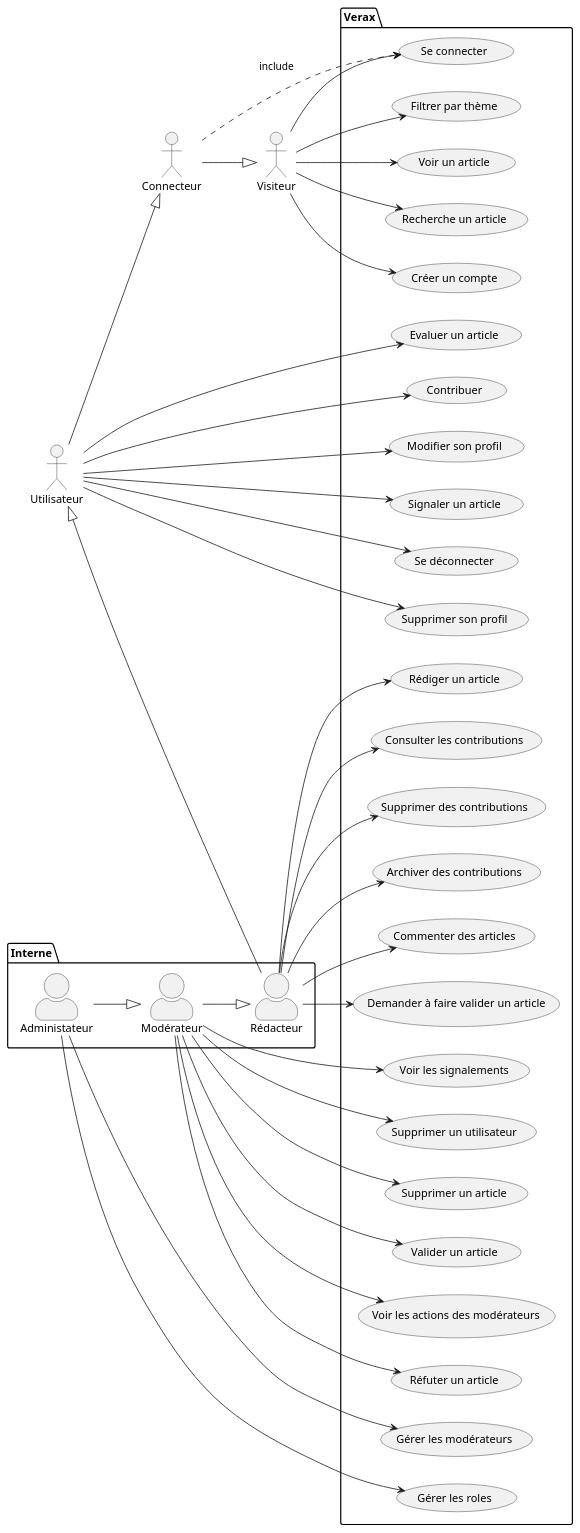
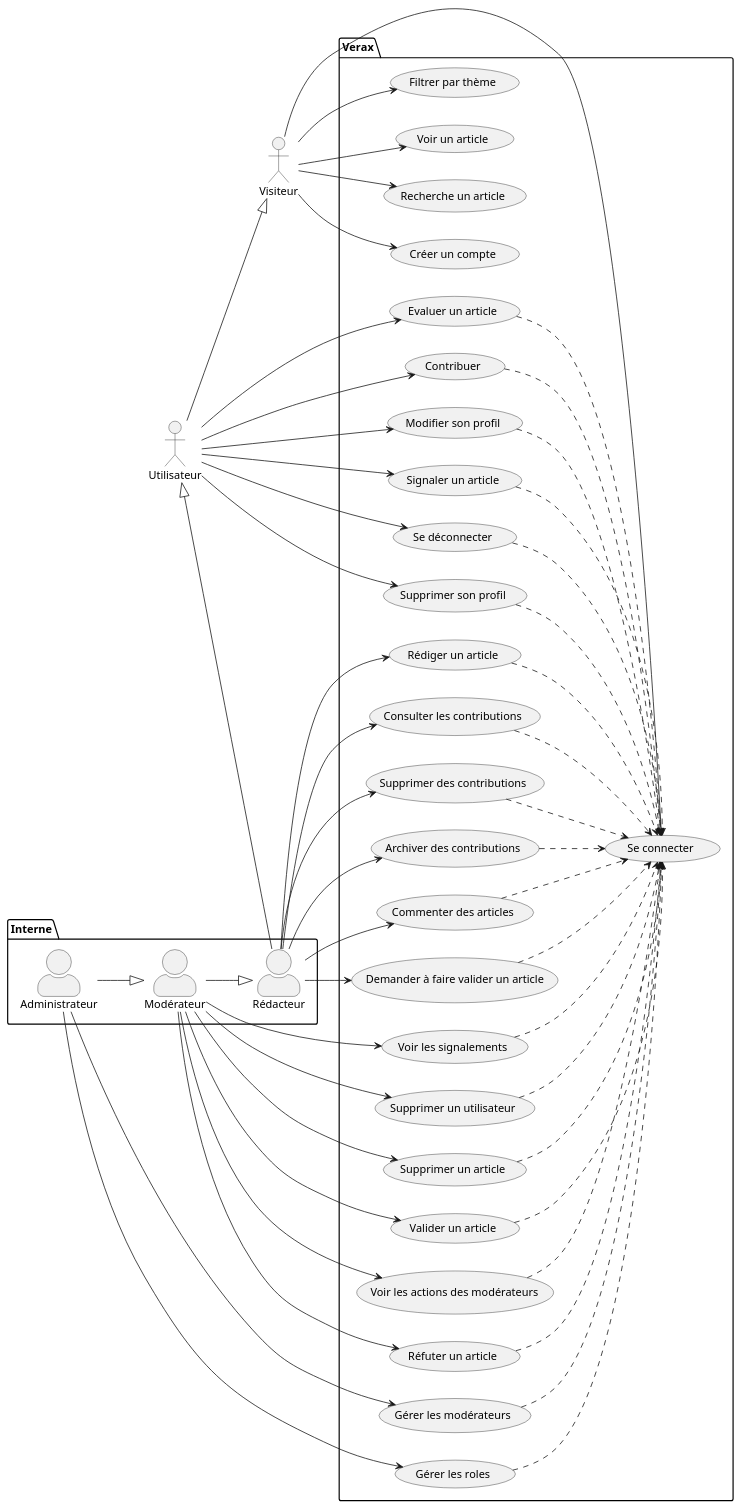
Before and after one commit to tonyfgs/Verax: the diagram in Diagramme/casUtilisation.md, drawn with PlantUML. The commit also changed 2 other files, not shown here.

Commit message:
modification des diagrammes, diagramme de classe bien avancé (presque fini)

````diff
--- a/Diagramme/casUtilisation.md
+++ b/Diagramme/casUtilisation.md
@@ -4,13 +4,12 @@
 left to right direction
 
 actor Visiteur as v
-actor Connecteur as c
 actor Utilisateur as u
 package Interne {
     skinparam actorStyle awesome
     actor Rédacteur as r
     actor Modérateur as m
-    actor Administateur as a
+    actor Administrateur as a
 }
 
 package Verax {
@@ -46,8 +45,7 @@
     usecase "Gérer les roles" as UC23
 }
 
-c --|> v
-u --|> c
+u --|> v
 r --|> u
 m --|> r
 a --|> m
@@ -57,8 +55,6 @@
 v --> UC3
 v --> UC4
 v --> UC5
-
-c .> UC5 : include
 
 u --> UC6
 u --> UC7
@@ -84,6 +80,26 @@
 a --> UC22
 a --> UC23
 
+UC6 ..> UC5
+UC7 ..> UC5
+UC8 ..> UC5
+UC9 ..> UC5
+UC24 ..> UC5
+UC25 ..> UC5
+UC11 ..> UC5
+UC12 ..> UC5
+UC14 ..> UC5
+UC15 ..> UC5
+UC27 ..> UC5
+UC26 ..> UC5
+UC13 ..> UC5
+UC16 ..> UC5
+UC17 ..> UC5
+UC18 ..> UC5
+UC19 ..> UC5
+UC20 ..> UC5
+UC22 ..> UC5
+UC23 ..> UC5
 
 @enduml
 ```
````
